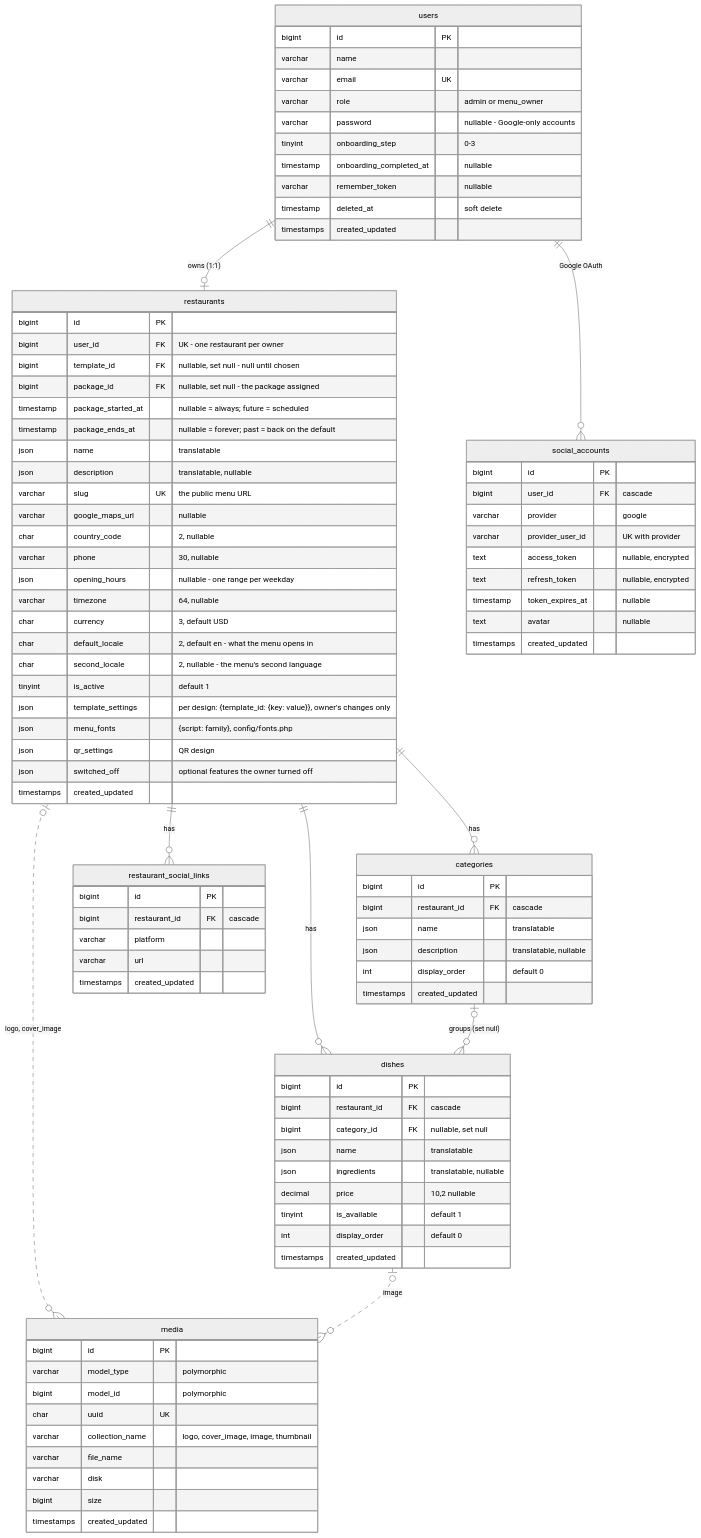
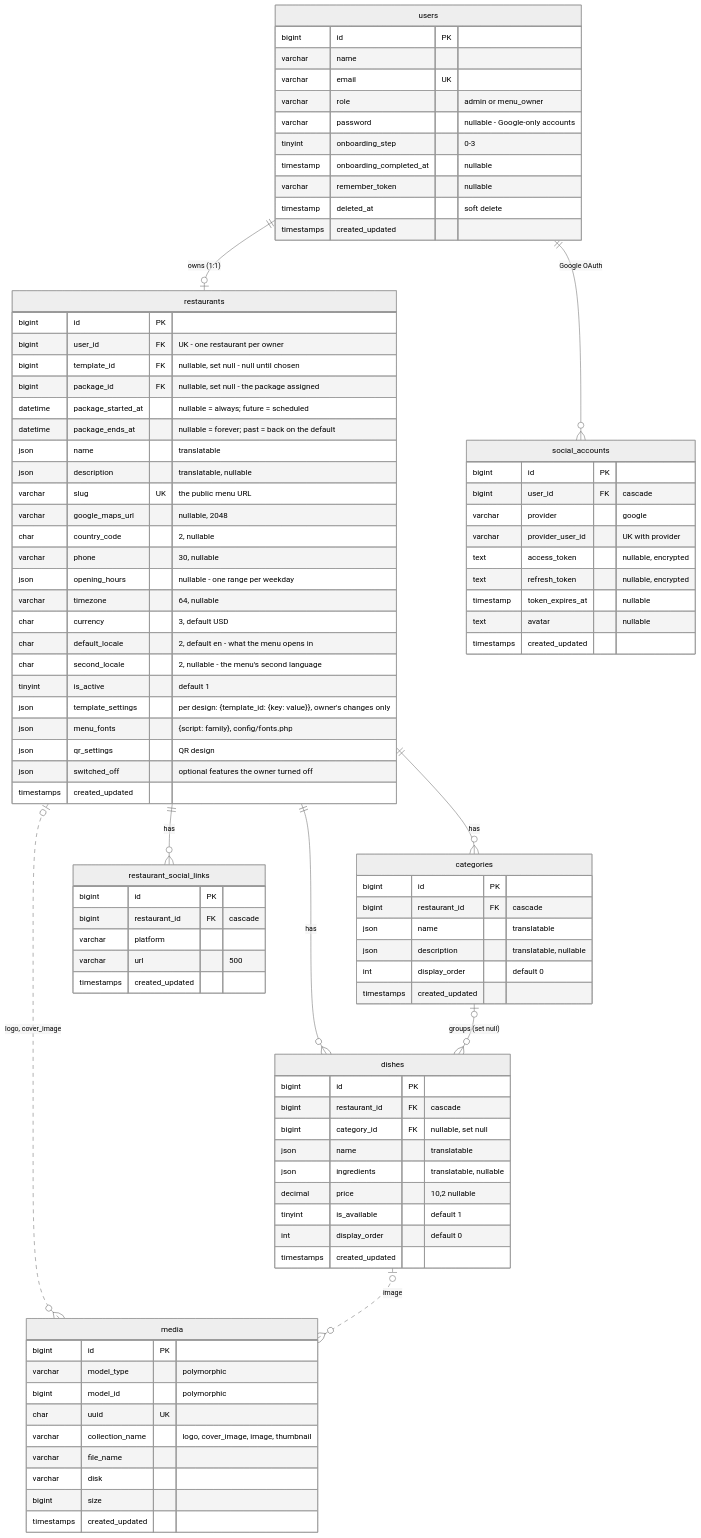
Before and after one commit to Danyseifedine/qayema: the first of 3 diagrams in docs/database-erd.md, drawn with Mermaid (neutral theme). The commit also changed other lines of this file and 135 other files, not shown here.

```diff
--- a/docs/database-erd.md
+++ b/docs/database-erd.md
@@ -33,12 +33,12 @@
         bigint user_id FK "UK - one restaurant per owner"
         bigint template_id FK "nullable, set null - null until chosen"
         bigint package_id FK "nullable, set null - the package assigned"
-        timestamp package_started_at "nullable = always; future = scheduled"
-        timestamp package_ends_at "nullable = forever; past = back on the default"
+        datetime package_started_at "nullable = always; future = scheduled"
+        datetime package_ends_at "nullable = forever; past = back on the default"
         json name "translatable"
         json description "translatable, nullable"
         varchar slug UK "the public menu URL"
-        varchar google_maps_url "nullable"
+        varchar google_maps_url "nullable, 2048"
         char country_code "2, nullable"
         varchar phone "30, nullable"
         json opening_hours "nullable - one range per weekday"
@@ -79,7 +79,7 @@
         bigint id PK
         bigint restaurant_id FK "cascade"
         varchar platform
-        varchar url
+        varchar url "500"
         timestamps created_updated
     }
 
```
